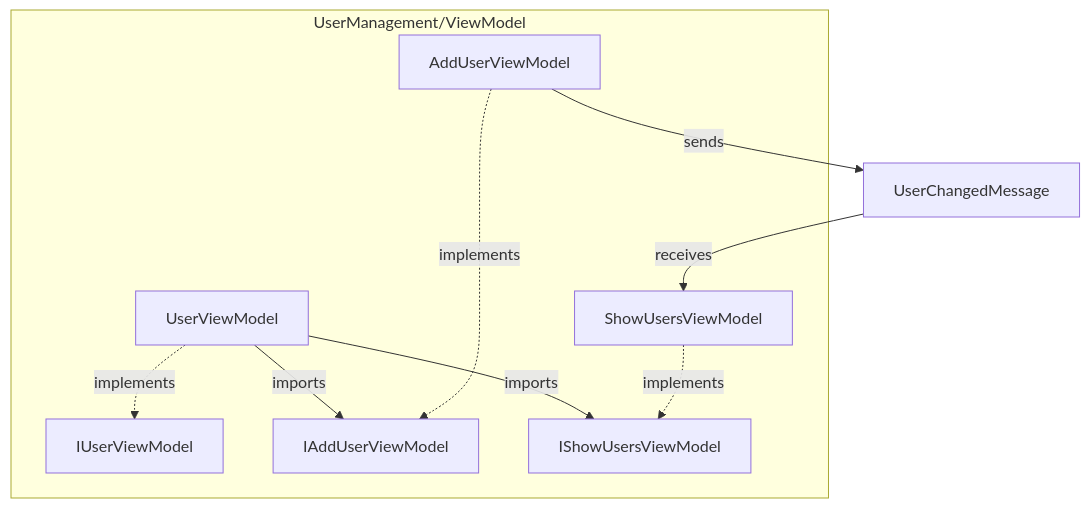
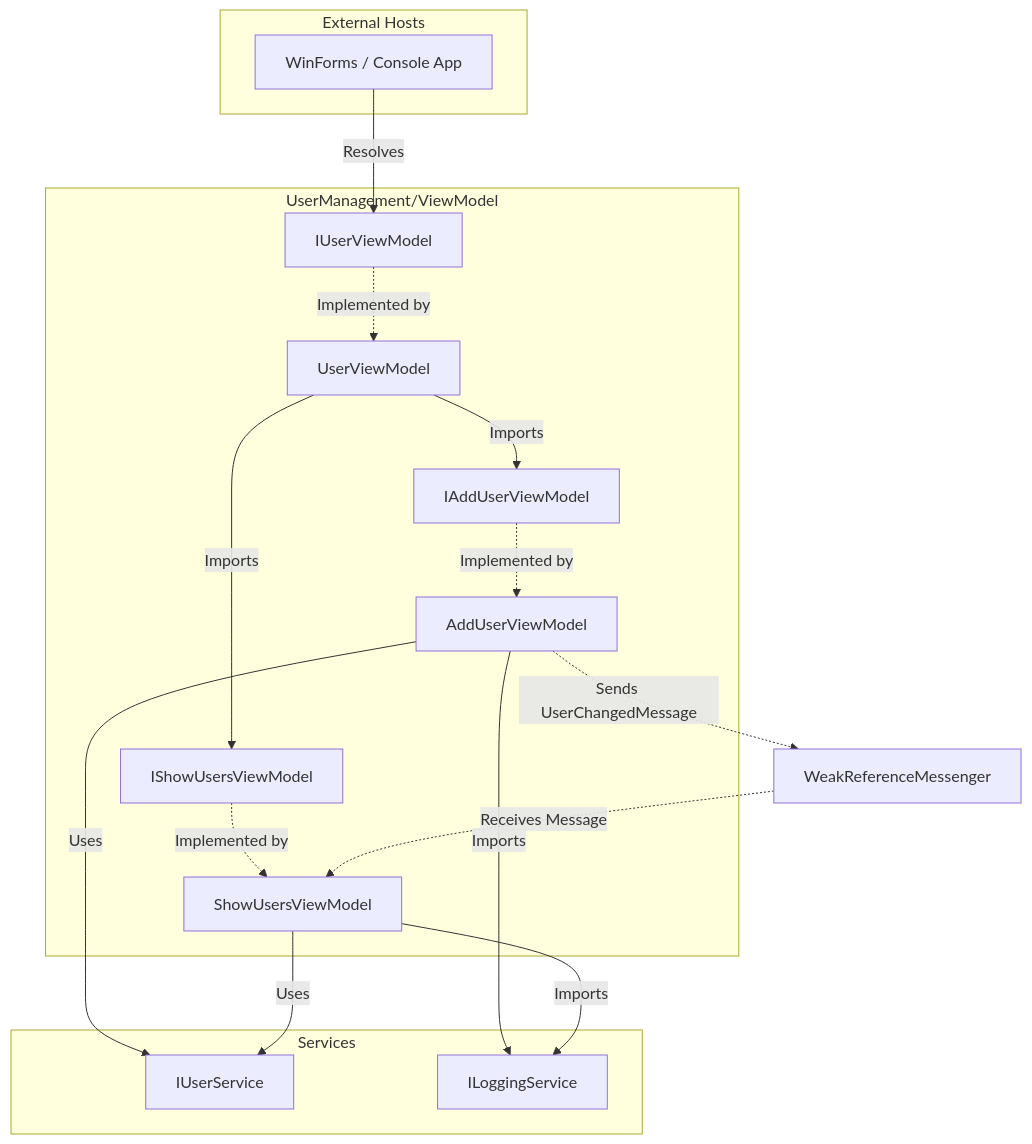
The diagram in doc/UserManagement/ViewModel.md (wetzlmaier-scch/mvvm), drawn with Mermaid before and after one commit. The commit also changed other lines of this file and 111 other files, not shown here.

````diff
--- a/doc/UserManagement/ViewModel.md
+++ b/doc/UserManagement/ViewModel.md
@@ -27,21 +29,33 @@
 ```mermaid
 flowchart TD
     subgraph "UserManagement/ViewModel"
-        UV[IUserViewModel]
-        UVImpl[UserViewModel]
-        AUV[IAddUserViewModel]
-        AUVImpl[AddUserViewModel]
-        SUV[IShowUsersViewModel]
-        SUVImpl[ShowUsersViewModel]
+        UV[UserViewModel]
+        IUV[IUserViewModel]
+        AV[AddUserViewModel]
+        IAV[IAddUserViewModel]
+        SV[ShowUsersViewModel]
+        ISV[IShowUsersViewModel]
     end
 
-    UVImpl -.->|implements| UV
-    UVImpl -->|imports| AUV
-    UVImpl -->|imports| SUV
-    
-    AUVImpl -.->|implements| AUV
-    SUVImpl -.->|implements| SUV
+    subgraph "External Hosts"
+        Host[WinForms / Console App]
+    end
 
-    AUVImpl -->|sends| MSG[UserChangedMessage]
-    MSG -->|receives| SUVImpl
+    subgraph "Services"
+        US[IUserService]
+        LS[ILoggingService]
+    end
+
+    Host -->|Resolves| IUV
+    IUV -.->|Implemented by| UV
+    UV -->|Imports| IAV
+    UV -->|Imports| ISV
+    IAV -.->|Implemented by| AV
+    ISV -.->|Implemented by| SV
+    AV -->|Uses| US
+    SV -->|Uses| US
+    AV -.->|Sends UserChangedMessage| Messenger[WeakReferenceMessenger]
+    Messenger -.->|Receives Message| SV
+    AV -->|Imports| LS
+    SV -->|Imports| LS
 ```
````
